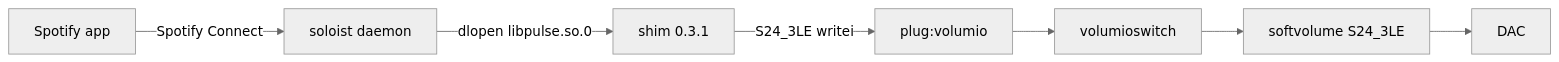
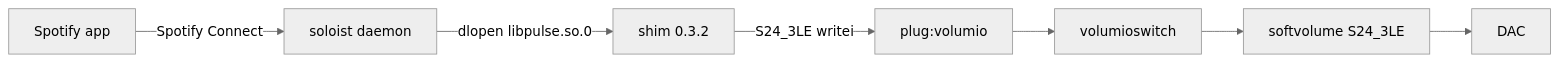
The first of 4 diagrams in README.md (foonerd/alsa_soloist_connect), drawn with Mermaid (neutral theme) before and after one commit. The commit also changed other lines of this file and 9 other files, not shown here.

````diff
--- a/README.md
+++ b/README.md
@@ -32,9 +32,9 @@
 ```mermaid
 flowchart LR
     SpotifyApp["Spotify app"] -->|"Spotify Connect"| Soloist["soloist daemon"]
-    Soloist -->|"dlopen libpulse.so.0"| Shim["shim 0.3.1"]
+    Soloist -->|"dlopen libpulse.so.0"| Shim["shim 0.3.2"]
     Shim -->|"S24_3LE writei"| Plug["plug:volumio"]
     Plug --> Switch["volumioswitch"]
     Switch --> Soft["softvolume S24_3LE"]
     Soft --> Dac["DAC"]
 ```
````
